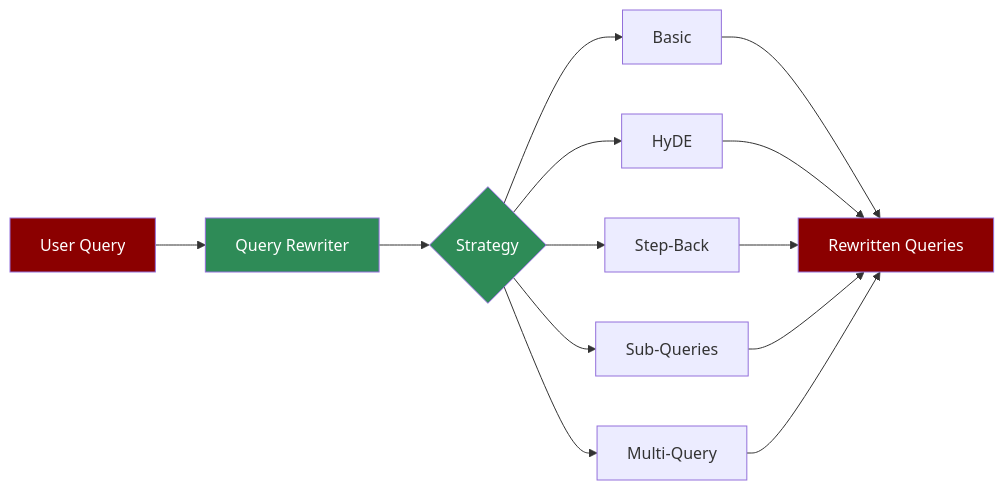
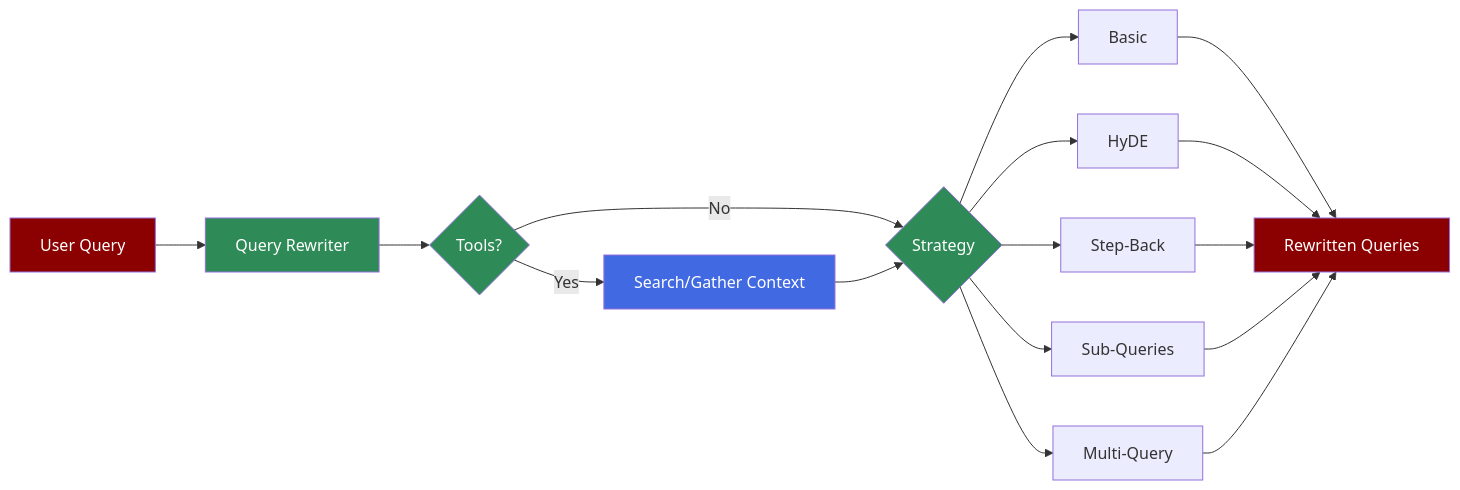
One commit to MervinPraison/PraisonAIDocs changed the diagram in docs/agents/query-rewriter.mdx. Above: the diagram before and after it, drawn with Mermaid. The commit also changed other lines of this file, not shown here.

Commit message:
docs: add tools support and CLI usage for QueryRewriterAgent

````diff
--- a/docs/agents/query-rewriter.mdx
+++ b/docs/agents/query-rewriter.mdx
@@ -8,20 +8,25 @@
 ```mermaid
 flowchart LR
     In[User Query] --> Agent[Query Rewriter]
-    Agent --> Strategy{Strategy}
+    Agent --> Tools{Tools?}
+    Tools -->|Yes| Search[Search/Gather Context]
+    Tools -->|No| Strategy
+    Search --> Strategy{Strategy}
     Strategy --> Basic[Basic]
     Strategy --> HyDE[HyDE]
     Strategy --> StepBack[Step-Back]
     Strategy --> SubQ[Sub-Queries]
     Strategy --> Multi[Multi-Query]
     Basic --> Out[Rewritten Queries]
     HyDE --> Out
     StepBack --> Out
     SubQ --> Out
     Multi --> Out
     
     style In fill:#8B0000,color:#fff
     style Agent fill:#2E8B57,color:#fff
+    style Tools fill:#2E8B57,color:#fff
+    style Search fill:#4169E1,color:#fff
     style Strategy fill:#2E8B57,color:#fff
     style Out fill:#8B0000,color:#fff
 ```
````
